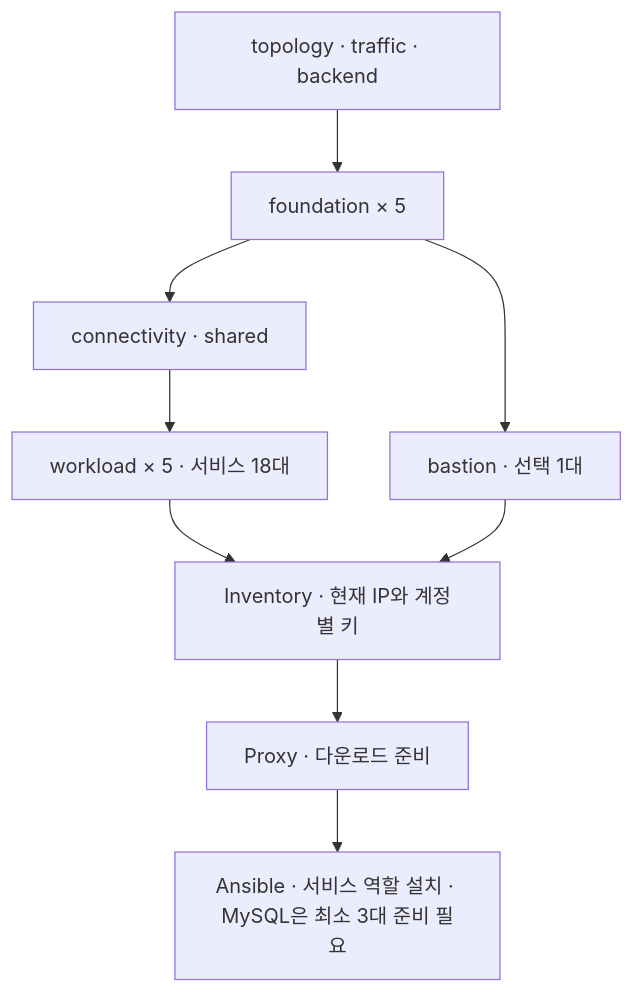
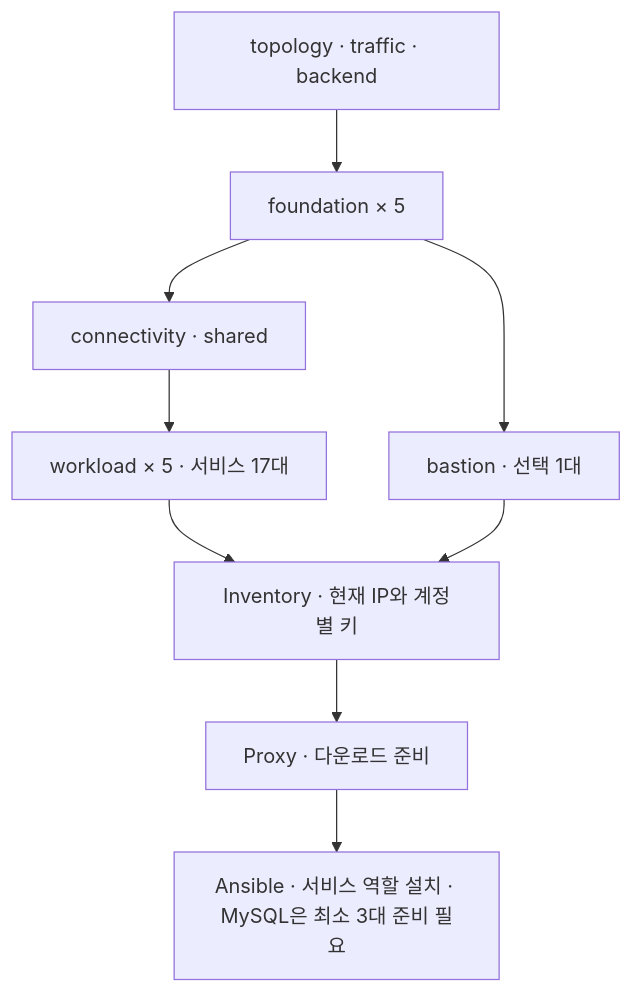
Before and after one commit to encore-ai-campus/mlo-01-p3-team2: the diagram in aws-infra/README.md, drawn with Mermaid. The commit also changed other lines of this file and 32 other files, not shown here.

````diff
--- a/aws-infra/README.md
+++ b/aws-infra/README.md
@@ -61,11 +60,11 @@
 ```mermaid
 flowchart TB
     CONFIG["topology · traffic · backend"] --> F["foundation × 5"]
     F --> C["connectivity · shared"]
-    C --> W["workload × 5 · 서비스 18대"]
+    C --> W["workload × 5 · 서비스 17대"]
     F --> B["bastion · 선택 1대"]
     W --> I["Inventory · 현재 IP와 계정별 키"]
     B --> I
     I --> P["Proxy · 다운로드 준비"]
     P --> A["Ansible · 서비스 역할 설치 · MySQL은 최소 3대 준비 필요"]
 ```
````
